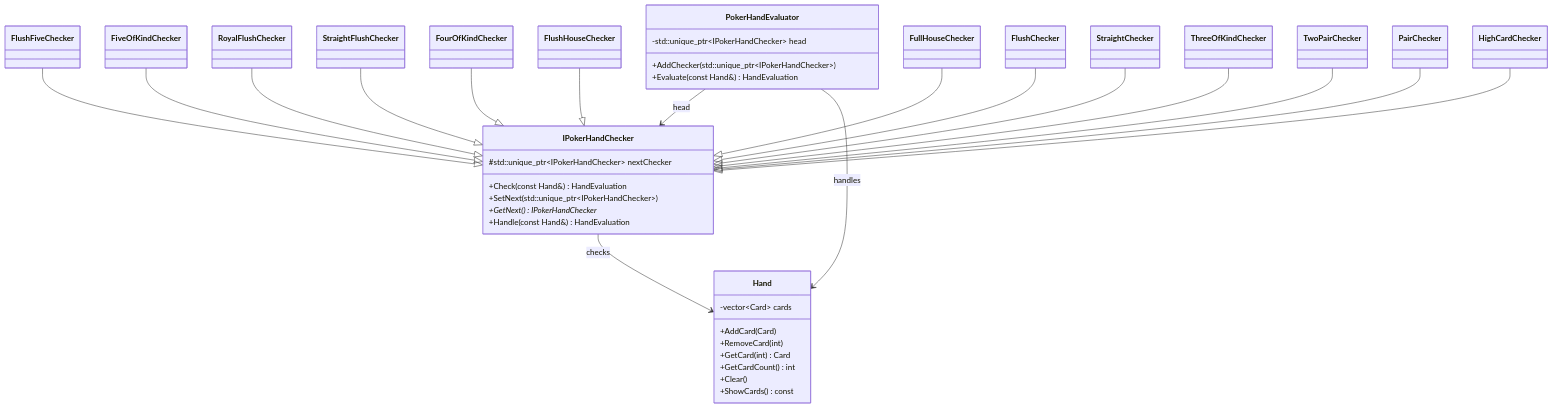
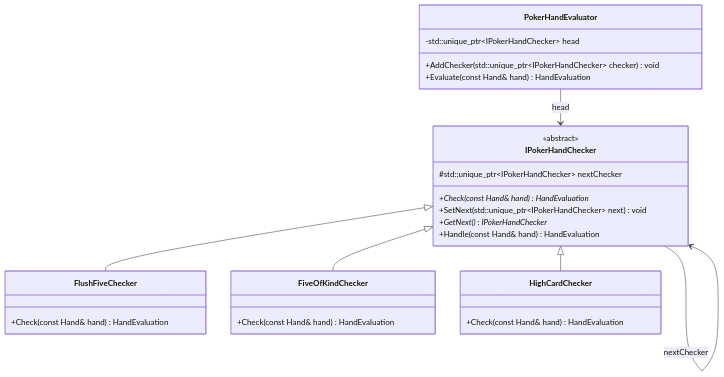
The first of 11 diagrams in docs/design-pattern-analysis.md (Amrhea/Kel.DesignPattern), drawn with Mermaid before and after one commit. The commit also changed other lines of this file, not shown here.

````diff
--- a/docs/design-pattern-analysis.md
+++ b/docs/design-pattern-analysis.md
@@ -82,58 +35,33 @@
 ```mermaid
 classDiagram
-    class Hand {
-        -vector~Card~ cards
-        +AddCard(Card)
-        +RemoveCard(int)
-        +GetCard(int) Card
-        +GetCardCount() int
-        +Clear()
-        +ShowCards() const
+    class IPokerHandChecker {
+        <<abstract>>
+        #std::unique_ptr~IPokerHandChecker~ nextChecker
+        +Check(const Hand& hand)* HandEvaluation
+        +SetNext(std::unique_ptr~IPokerHandChecker~ next) void
+        +GetNext() IPokerHandChecker*
+        +Handle(const Hand& hand) HandEvaluation
     }
 
-    class IPokerHandChecker {
-        #std::unique_ptr~IPokerHandChecker~ nextChecker
-        +Check(const Hand&) HandEvaluation
-        +SetNext(std::unique_ptr~IPokerHandChecker~)
-        +GetNext() IPokerHandChecker*
-        +Handle(const Hand&) HandEvaluation
+    class FlushFiveChecker {
+        +Check(const Hand& hand) HandEvaluation
+    }
+    class FiveOfKindChecker {
+        +Check(const Hand& hand) HandEvaluation
+    }
+    class HighCardChecker {
+        +Check(const Hand& hand) HandEvaluation
     }
 
+    IPokerHandChecker <|-- FlushFiveChecker
+    IPokerHandChecker <|-- FiveOfKindChecker
+    IPokerHandChecker <|-- HighCardChecker
+    IPokerHandChecker --> IPokerHandChecker : nextChecker
+    
     class PokerHandEvaluator {
         -std::unique_ptr~IPokerHandChecker~ head
-        +AddChecker(std::unique_ptr~IPokerHandChecker~)
-        +Evaluate(const Hand&) HandEvaluation
+        +AddChecker(std::unique_ptr~IPokerHandChecker~ checker) void
+        +Evaluate(const Hand& hand) HandEvaluation
     }
-
-    class FlushFiveChecker
-    class FiveOfKindChecker
-    class RoyalFlushChecker
-    class StraightFlushChecker
-    class FourOfKindChecker
-    class FlushHouseChecker
-    class FullHouseChecker
-    class FlushChecker
-    class StraightChecker
-    class ThreeOfKindChecker
-    class TwoPairChecker
-    class PairChecker
-    class HighCardChecker
-
     PokerHandEvaluator --> IPokerHandChecker : head
-    IPokerHandChecker --> Hand : checks
-    PokerHandEvaluator --> Hand : handles
-
-    FlushFiveChecker --|> IPokerHandChecker
-    FiveOfKindChecker --|> IPokerHandChecker
-    RoyalFlushChecker --|> IPokerHandChecker
-    StraightFlushChecker --|> IPokerHandChecker
-    FourOfKindChecker --|> IPokerHandChecker
-    FlushHouseChecker --|> IPokerHandChecker
-    FullHouseChecker --|> IPokerHandChecker
-    FlushChecker --|> IPokerHandChecker
-    StraightChecker --|> IPokerHandChecker
-    ThreeOfKindChecker --|> IPokerHandChecker
-    TwoPairChecker --|> IPokerHandChecker
-    PairChecker --|> IPokerHandChecker
-    HighCardChecker --|> IPokerHandChecker
 ```
````
